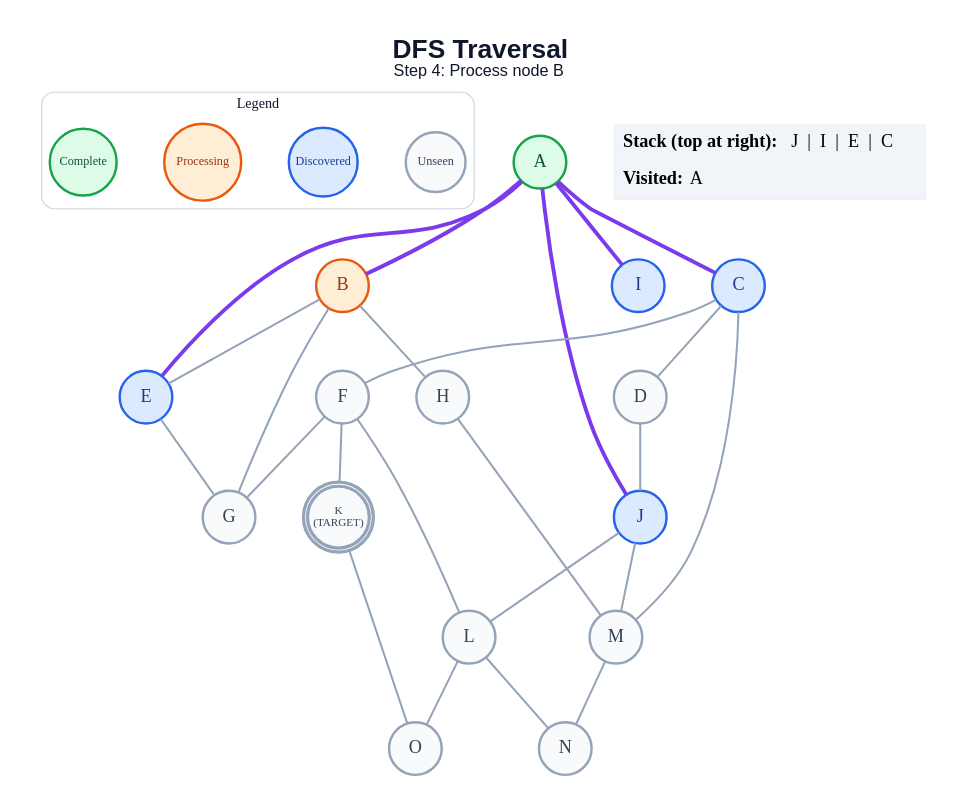
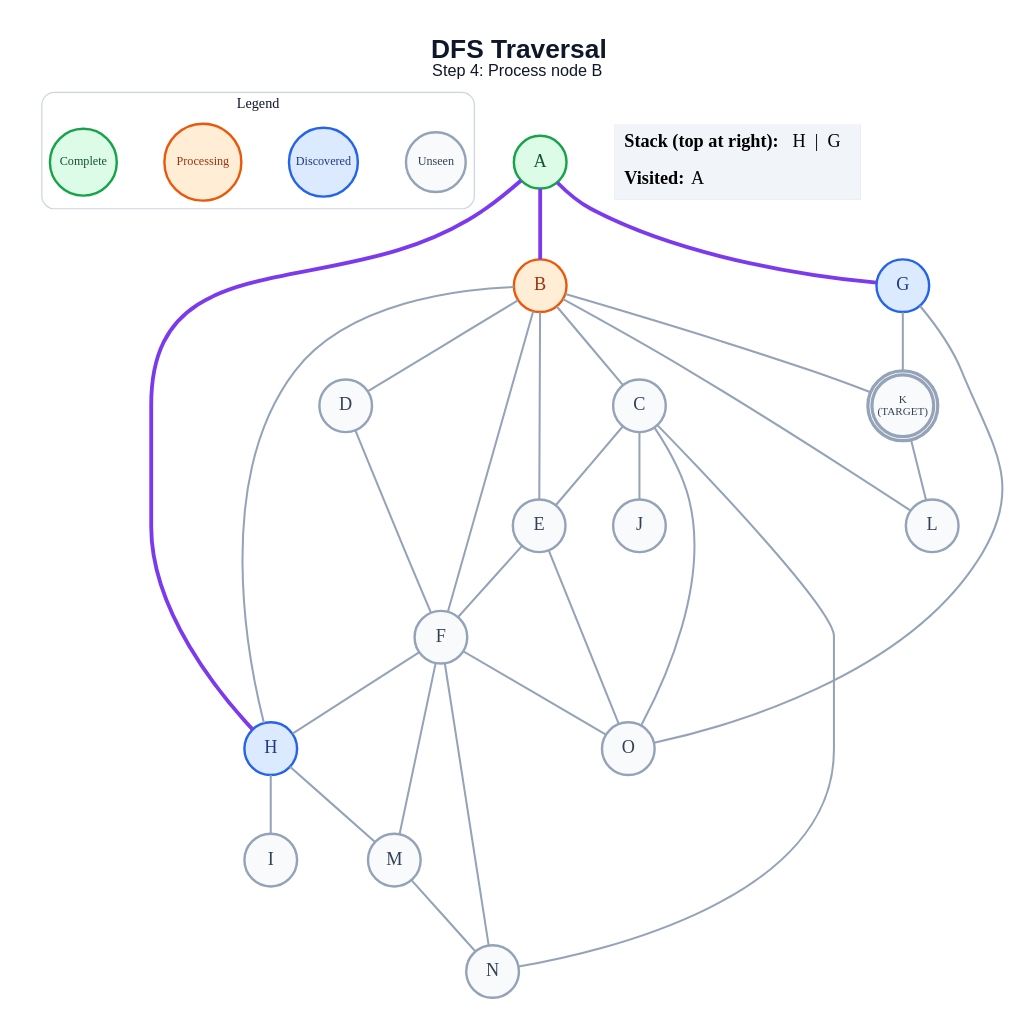
The diagram in generated/dfs/step_04.dot (anon7238593-create/ai-slop), drawn with Graphviz before and after one commit. The commit also changed 289 other files, not shown here.

```diff
--- a/generated/dfs/step_04.dot
+++ b/generated/dfs/step_04.dot
@@ -1,57 +1,61 @@
 graph traversal {
   graph [layout=dot, rankdir=TB, bgcolor="#FFFFFF", pad="0.35", nodesep="0.65", ranksep="0.8", fontname="Arial"];
   node [shape=circle, style="filled", fontname="Arial Bold", fontsize=18, width=0.72, fixedsize=true, penwidth=2.4];
   edge [color="#94A3B8", penwidth=2.0];
   label=<<B>DFS Traversal</B><BR/><FONT POINT-SIZE="16">Step 4: Process node B</FONT>>; labelloc="t"; fontsize=26; fontname="Arial"; fontcolor="#0F172A";
   subgraph cluster_legend { label="Legend"; color="#CBD5E1"; penwidth=1.2; style="rounded"; fontsize=14; fontname="Arial Bold";
     key_unseen [label="Unseen", fillcolor="#F8FAFC", color="#94A3B8", fontcolor="#334155", fontsize=12, width=0.82];
     key_frontier [label="Discovered", fillcolor="#DBEAFE", color="#2563EB", fontcolor="#1E3A8A", fontsize=12, width=0.95];
     key_current [label="Processing", fillcolor="#FFEDD5", color="#EA580C", fontcolor="#9A3412", fontsize=12, width=1.05];
     key_done [label="Complete", fillcolor="#DCFCE7", color="#16A34A", fontcolor="#14532D", fontsize=12, width=0.92];
     { rank=same; key_unseen; key_frontier; key_current; key_done; }
   }
   A [label="A", fillcolor="#DCFCE7", color="#16A34A", fontcolor="#14532D", peripheries=1, penwidth=2.4];
   B [label="B", fillcolor="#FFEDD5", color="#EA580C", fontcolor="#9A3412", peripheries=1, penwidth=2.4];
-  C [label="C", fillcolor="#DBEAFE", color="#2563EB", fontcolor="#1E3A8A", peripheries=1, penwidth=2.4];
+  C [label="C", fillcolor="#F8FAFC", color="#94A3B8", fontcolor="#334155", peripheries=1, penwidth=2.4];
   D [label="D", fillcolor="#F8FAFC", color="#94A3B8", fontcolor="#334155", peripheries=1, penwidth=2.4];
-  E [label="E", fillcolor="#DBEAFE", color="#2563EB", fontcolor="#1E3A8A", peripheries=1, penwidth=2.4];
+  E [label="E", fillcolor="#F8FAFC", color="#94A3B8", fontcolor="#334155", peripheries=1, penwidth=2.4];
   F [label="F", fillcolor="#F8FAFC", color="#94A3B8", fontcolor="#334155", peripheries=1, penwidth=2.4];
-  G [label="G", fillcolor="#F8FAFC", color="#94A3B8", fontcolor="#334155", peripheries=1, penwidth=2.4];
-  H [label="H", fillcolor="#F8FAFC", color="#94A3B8", fontcolor="#334155", peripheries=1, penwidth=2.4];
-  I [label="I", fillcolor="#DBEAFE", color="#2563EB", fontcolor="#1E3A8A", peripheries=1, penwidth=2.4];
-  J [label="J", fillcolor="#DBEAFE", color="#2563EB", fontcolor="#1E3A8A", peripheries=1, penwidth=2.4];
+  G [label="G", fillcolor="#DBEAFE", color="#2563EB", fontcolor="#1E3A8A", peripheries=1, penwidth=2.4];
+  H [label="H", fillcolor="#DBEAFE", color="#2563EB", fontcolor="#1E3A8A", peripheries=1, penwidth=2.4];
+  I [label="I", fillcolor="#F8FAFC", color="#94A3B8", fontcolor="#334155", peripheries=1, penwidth=2.4];
+  J [label="J", fillcolor="#F8FAFC", color="#94A3B8", fontcolor="#334155", peripheries=1, penwidth=2.4];
   K [label="K\n(TARGET)", fillcolor="#F8FAFC", color="#94A3B8", fontcolor="#334155", peripheries=2, penwidth=3.2, fontsize=11, width=0.85, height=0.85];
   L [label="L", fillcolor="#F8FAFC", color="#94A3B8", fontcolor="#334155", peripheries=1, penwidth=2.4];
   M [label="M", fillcolor="#F8FAFC", color="#94A3B8", fontcolor="#334155", peripheries=1, penwidth=2.4];
   N [label="N", fillcolor="#F8FAFC", color="#94A3B8", fontcolor="#334155", peripheries=1, penwidth=2.4];
   O [label="O", fillcolor="#F8FAFC", color="#94A3B8", fontcolor="#334155", peripheries=1, penwidth=2.4];
   A -- B [color="#7C3AED", penwidth=3.8];
-  A -- C [color="#7C3AED", penwidth=3.8];
-  A -- E [color="#7C3AED", penwidth=3.8];
-  A -- I [color="#7C3AED", penwidth=3.8];
-  A -- J [color="#7C3AED", penwidth=3.8];
+  A -- G [color="#7C3AED", penwidth=3.8];
+  A -- H [color="#7C3AED", penwidth=3.8];
+  B -- C;
+  B -- D;
   B -- E;
-  B -- G;
+  B -- F;
   B -- H;
-  C -- D;
-  C -- F;
-  C -- M;
-  D -- J;
-  E -- G;
-  F -- G;
-  F -- K;
-  F -- L;
+  B -- K;
+  B -- L;
+  C -- E;
+  C -- J;
+  C -- N;
+  C -- O;
+  D -- F;
+  E -- F;
+  E -- O;
+  F -- H;
+  F -- M;
+  F -- N;
+  F -- O;
+  G -- K;
+  G -- O;
+  H -- I;
   H -- M;
-  J -- L;
-  J -- M;
-  K -- O;
-  L -- N;
-  L -- O;
+  K -- L;
   M -- N;
   status [shape=plain, fixedsize=false, width=0, height=0, margin=0, label=<
     <TABLE BORDER="0" CELLBORDER="0" CELLPADDING="7" BGCOLOR="#F1F5F9">
-      <TR><TD ALIGN="LEFT"><B>Stack (top at right):</B> J  |  I  |  E  |  C</TD></TR>
+      <TR><TD ALIGN="LEFT"><B>Stack (top at right):</B> H  |  G</TD></TR>
       <TR><TD ALIGN="LEFT"><B>Visited:</B> A</TD></TR>
     </TABLE>
   >];
 }
```
